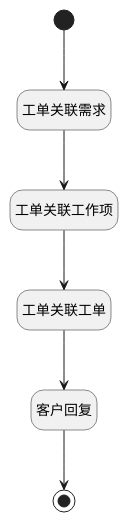
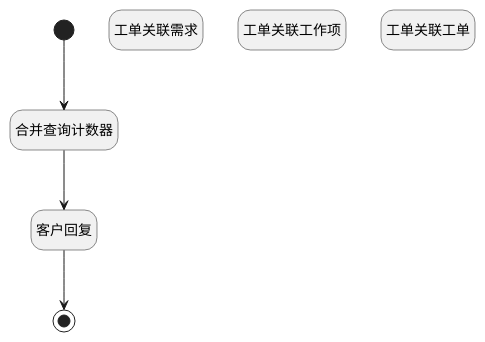
Before and after one commit to iBizLab/plm: the diagram in doc/docsify/module/ProdMgmt/ticket/logic/product_ticket_re_counters.md, drawn with PlantUML. The commit also changed other lines of this file and 2688 other files, not shown here.

````diff
--- a/doc/docsify/module/ProdMgmt/ticket/logic/product_ticket_re_counters.md
+++ b/doc/docsify/module/ProdMgmt/ticket/logic/product_ticket_re_counters.md
@@ -7,27 +7,26 @@
 ```plantuml
 @startuml
 hide empty description
 <style>
 root {
   HyperlinkColor #42b983
 }
 </style>
 
 hide empty description
 state "开始" as Begin <<start>> [[$./product_ticket_re_counters#begin {"开始"}]]
-state "结束" as END1 <<end>> [[$./product_ticket_re_counters#end1 {"结束"}]]
 state "工单关联需求" as RAWSQLCALL1  [[$./product_ticket_re_counters#rawsqlcall1 {"工单关联需求"}]]
 state "工单关联工作项" as RAWSQLCALL2  [[$./product_ticket_re_counters#rawsqlcall2 {"工单关联工作项"}]]
 state "工单关联工单" as RAWSQLCALL3  [[$./product_ticket_re_counters#rawsqlcall3 {"工单关联工单"}]]
+state "结束" as END1 <<end>> [[$./product_ticket_re_counters#end1 {"结束"}]]
+state "合并查询计数器" as RAWSQLCALL5  [[$./product_ticket_re_counters#rawsqlcall5 {"合并查询计数器"}]]
 state "客户回复" as RAWSQLCALL4  [[$./product_ticket_re_counters#rawsqlcall4 {"客户回复"}]]
 
 
-Begin --> RAWSQLCALL1
-RAWSQLCALL1 --> RAWSQLCALL2
-RAWSQLCALL2 --> RAWSQLCALL3
-RAWSQLCALL3 --> RAWSQLCALL4
+Begin --> RAWSQLCALL5
+RAWSQLCALL5 --> RAWSQLCALL4
 RAWSQLCALL4 --> END1
 
 
 @enduml
 ```
````
